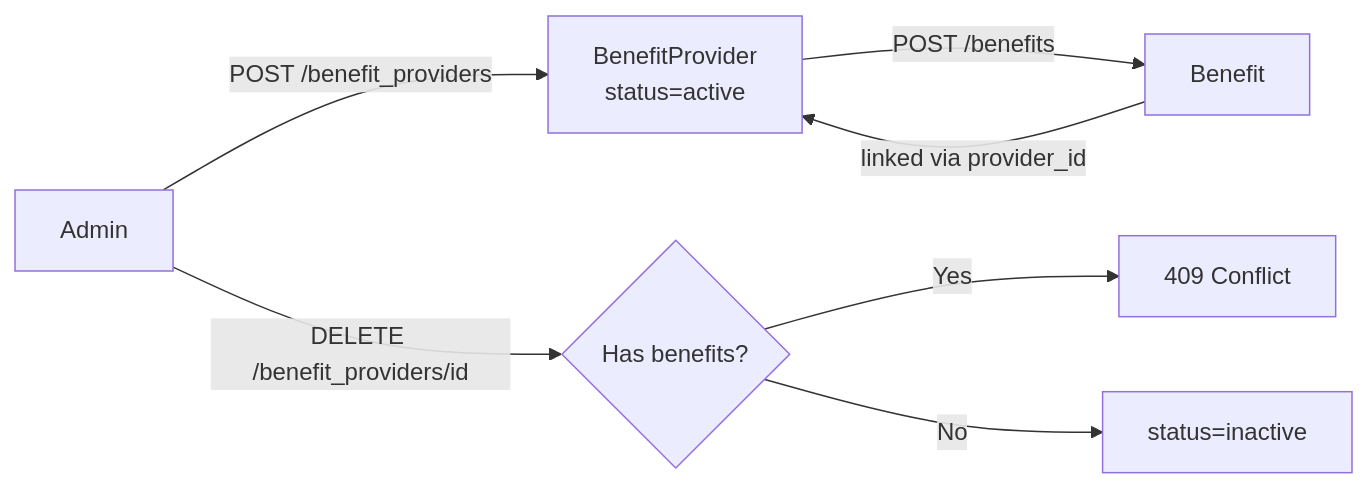
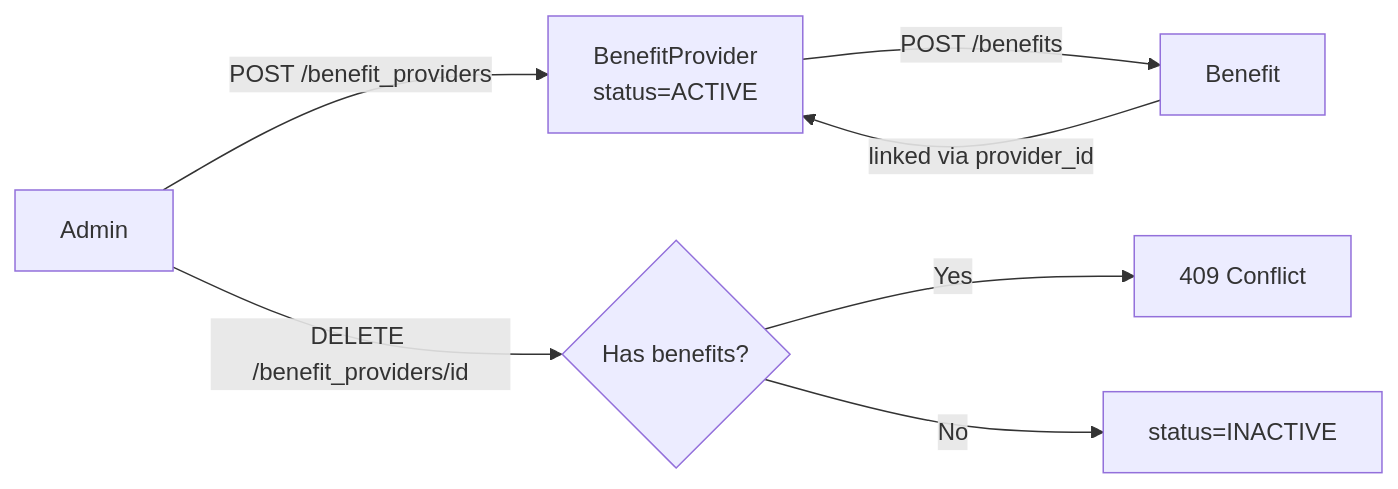
Before and after one commit to anu19981/aarokya-backend: the diagram in api-reference/modules/benefit_provider.mdx, drawn with Mermaid. The commit also changed other lines of this file and 82 other files, not shown here.

````diff
--- a/api-reference/modules/benefit_provider.mdx
+++ b/api-reference/modules/benefit_provider.mdx
@@ -21,9 +22,9 @@
 ```mermaid
 flowchart LR
-    Admin -->|POST /benefit_providers| BP[BenefitProvider\nstatus=active]
-    BP -->|POST /benefits| B[Benefit]
-    B -->|linked via provider_id| BP
-    Admin -->|DELETE /benefit_providers/id| Guard{Has benefits?}
-    Guard -->|Yes| E[409 Conflict]
-    Guard -->|No| Soft[status=inactive]
+    Admin -->|"POST /benefit_providers"| BP["BenefitProvider<br/>status=ACTIVE"]
+    BP -->|"POST /benefits"| B[Benefit]
+    B -->|"linked via provider_id"| BP
+    Admin -->|"DELETE /benefit_providers/id"| Guard{Has benefits?}
+    Guard -->|Yes| E["409 Conflict"]
+    Guard -->|No| Soft["status=INACTIVE"]
 ```
````
